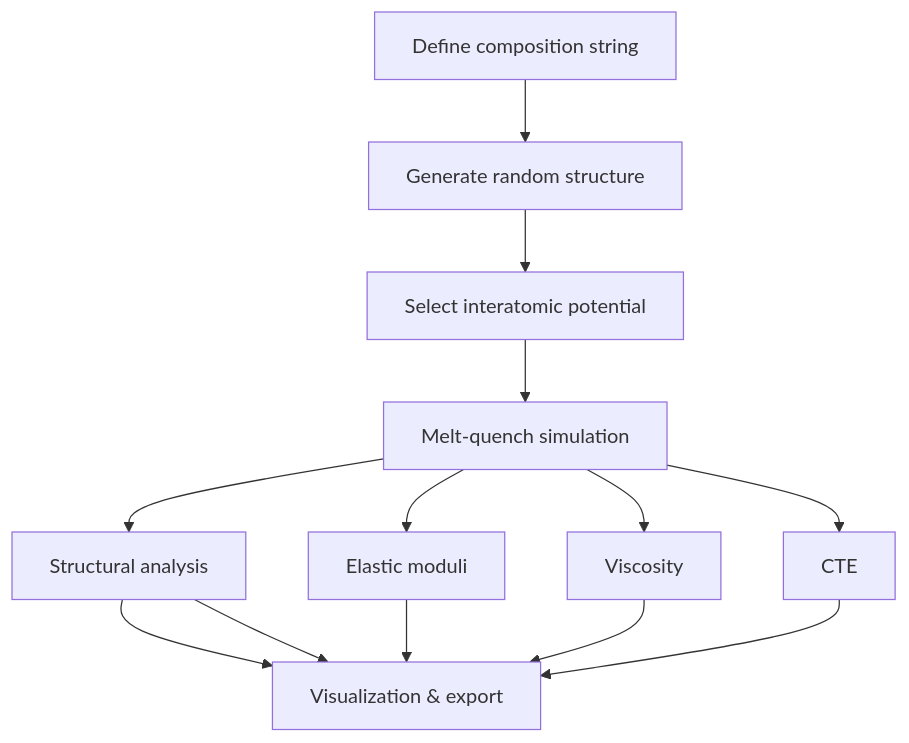
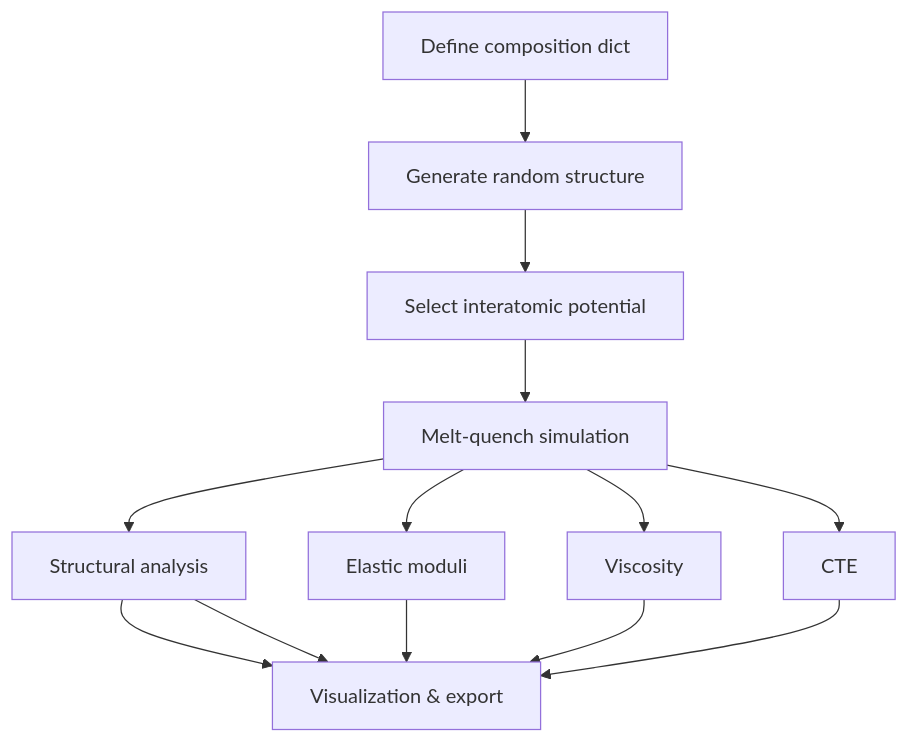
The diagram in docs/index.md (glasagent/amorphouspy), drawn with Mermaid before and after one commit. The commit also changed other lines of this file and 32 other files, not shown here.

````diff
--- a/docs/index.md
+++ b/docs/index.md
@@ -24,15 +24,15 @@
 ```mermaid
 graph TD
-    A[Define composition string] --> B[Generate random structure]
+    A[Define composition dict] --> B[Generate random structure]
     B --> C[Select interatomic potential]
     C --> D[Melt-quench simulation]
     D --> E[Structural analysis]
     D --> F[Elastic moduli]
     D --> G[Viscosity]
     D --> H[CTE]
     E --> I[Visualization & export]
     F --> I
     G --> I
     H --> I
     E --> I[Visualization & export]
 ```
````
